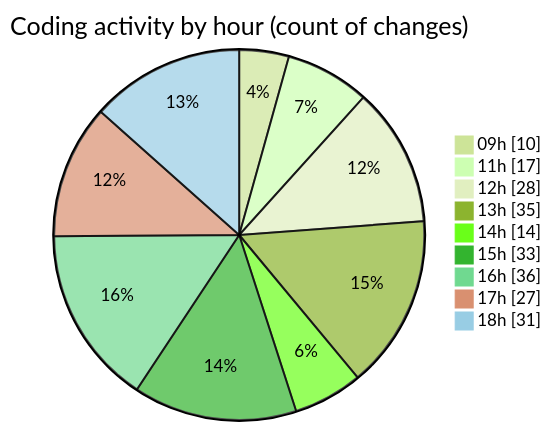
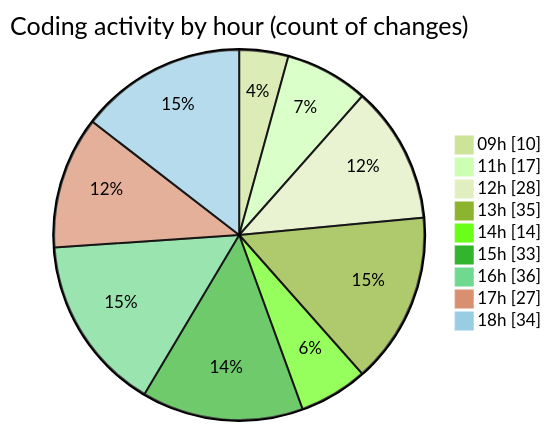
Before and after one commit to momahboobian/code-tracking: the second of 2 diagrams in 2026-05-07/cda/README.md, drawn with Mermaid (forest theme). The commit also changed other lines of this file and 1 other file, not shown here.

````diff
--- a/2026-05-07/cda/README.md
+++ b/2026-05-07/cda/README.md
@@ -58,13 +58,13 @@
 ```mermaid
 pie showData
 title Coding activity by hour (count of changes)
 "09h" : 10
 "11h" : 17
 "12h" : 28
 "13h" : 35
 "14h" : 14
 "15h" : 33
 "16h" : 36
 "17h" : 27
-"18h" : 31
+"18h" : 34
 ```
````
